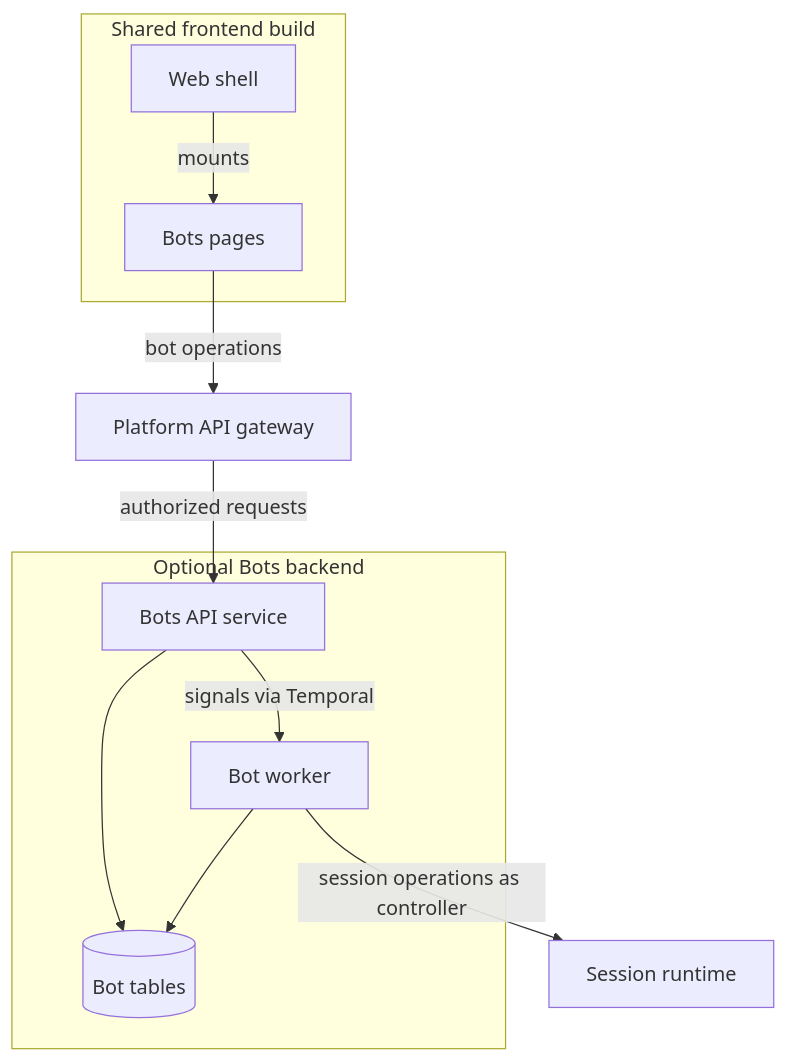
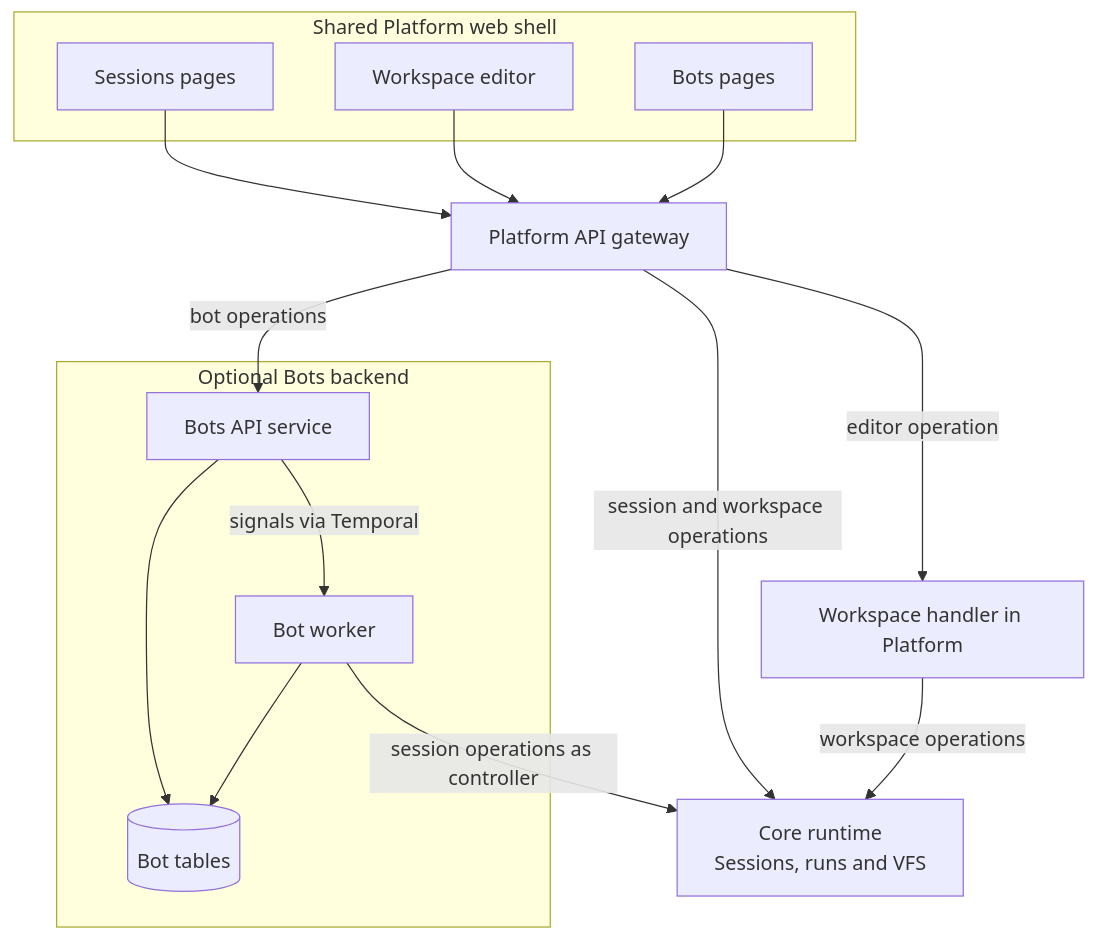
Before and after one commit to smartcomputer-ai/lightspeed: the second of 4 diagrams in docs/roadmap/later/pNNN-platform-modules.md, drawn with Mermaid. The commit also changed other lines of this file, not shown here.

Commit message:
Clarify module ownership and shared design questions

````diff
--- a/docs/roadmap/later/pNNN-platform-modules.md
+++ b/docs/roadmap/later/pNNN-platform-modules.md
@@ -44,14 +48,21 @@
 ```mermaid
 flowchart TB
-    subgraph browser["Shared frontend build"]
-        shell["Web shell"] -->|mounts| botsUI["Bots pages"]
+    subgraph shell["Shared Platform web shell"]
+        sessions["Sessions pages"]
+        workspaces["Workspace editor"]
+        botsUI["Bots pages"]
     end
-    botsUI -->|bot operations| gate["Platform API gateway"]
-    gate -->|authorized requests| bots["Bots API service"]
+    sessions --> gate["Platform API gateway"]
+    workspaces --> gate
+    botsUI --> gate
+    gate -->|session and workspace operations| runtime["Core runtime<br/>Sessions, runs and VFS"]
+    gate -->|editor operation| editor["Workspace handler in Platform"]
+    editor -->|workspace operations| runtime
+    gate -->|bot operations| bots["Bots API service"]
     subgraph module["Optional Bots backend"]
         bots --> tables[("Bot tables")]
         bots -->|signals via Temporal| worker["Bot worker"]
         worker --> tables
     end
-    worker -->|session operations as controller| runtime["Session runtime"]
+    worker -->|session operations as controller| runtime
 ```
````
